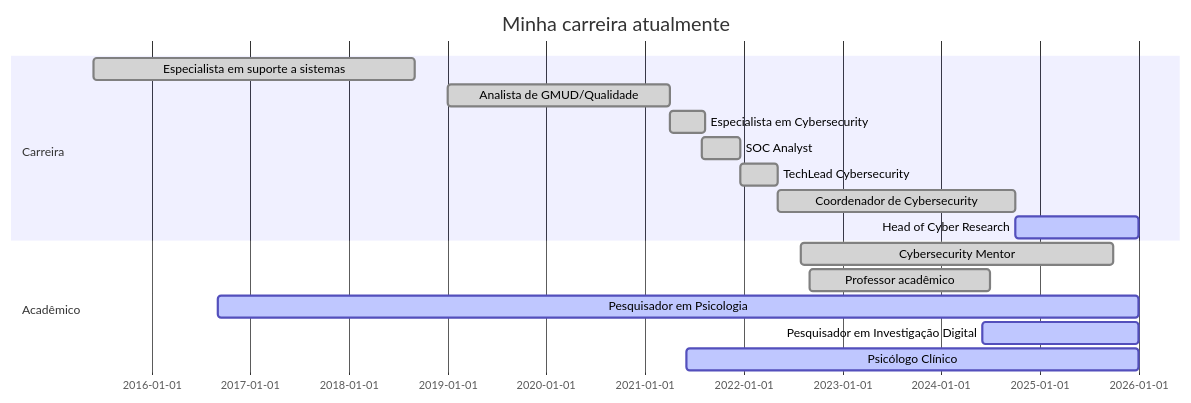
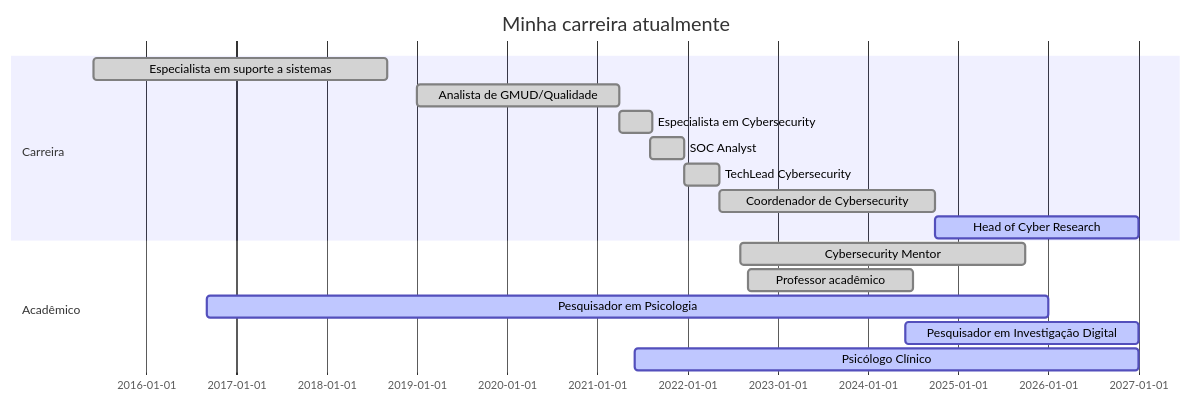
One commit to Ridd1kulusC0d3r/Ridd1kulusC0d3r changed the diagram in README.md. Above: the diagram before and after it, drawn with Mermaid.

````diff
--- a/README.md
+++ b/README.md
@@ -167,22 +167,22 @@
 ```mermaid
 
 gantt
 dateFormat  YYYY-MM-DD
 title Minha carreira atualmente
 
 section Carreira
 Especialista em suporte a sistemas       :done,    2015-06-01,2018-09-01
 Analista de GMUD/Qualidade               :done,    2019-01-01,2021-04-01
 Especialista em Cybersecurity            :done,    2021-04-01,2021-08-10
 SOC Analyst                              :done,    2021-08-01,2021-12-20
 TechLead Cybersecurity                   :done,    2021-12-20,2022-05-08
 Coordenador de Cybersecurity             :done,    2022-05-08,2024-10-01
-Head of Cyber Research                   :active,  2024-10-01,2026-01-01
+Head of Cyber Research                   :active,  2024-10-01,2027-01-01
 
 section Acadêmico
 Cybersecurity Mentor                     :done,    2022-08-01,2025-09-30
 Professor acadêmico                      :done,    2022-09-01,2024-06-30
 Pesquisador em Psicologia                :active,  2016-09-01,2026-01-01
-Pesquisador em Investigação Digital      :active,  2024-06-01,2026-01-01
-Psicólogo Clínico                        :active,  2021-06-01,2026-01-01
+Pesquisador em Investigação Digital      :active,  2024-06-01,2027-01-01
+Psicólogo Clínico                        :active,  2021-06-01,2027-01-01
 ```
````
